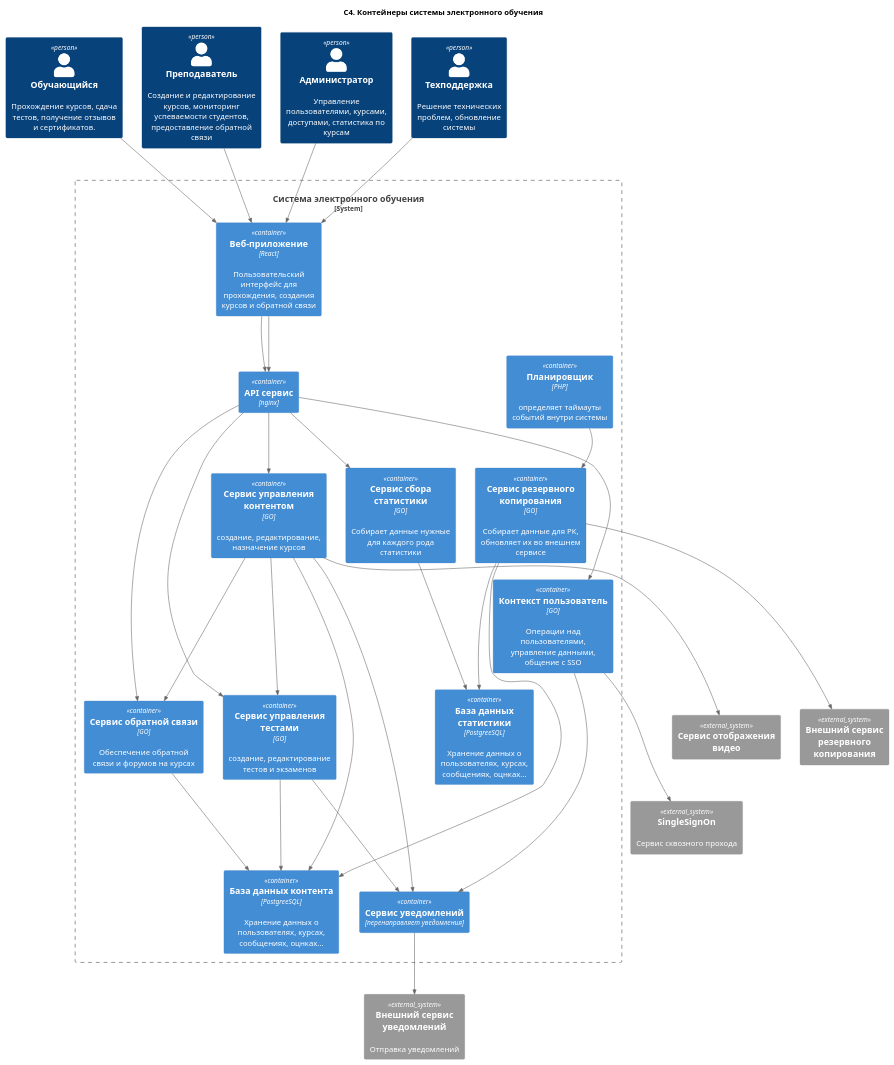
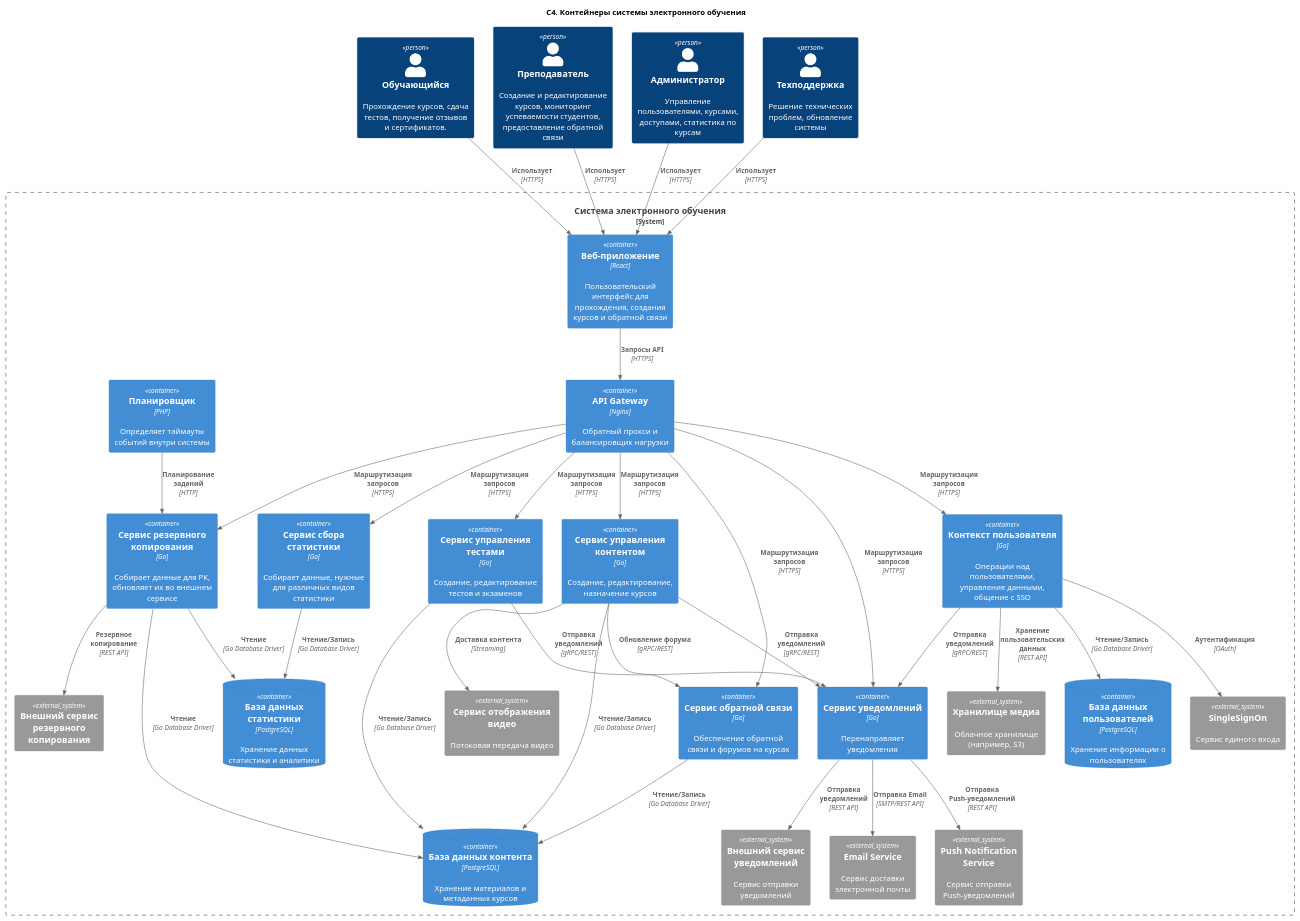
Before and after one commit to AkshachRd/software-development: the diagram in 2. Технический проект/2.container.puml, drawn with PlantUML.

Commit message:
Поправил контейнеры.

```diff
--- a/2. Технический проект/2.container.puml
+++ b/2. Технический проект/2.container.puml
@@ -1,79 +1,88 @@
-@startuml Диаграмма контейнеров
+@startuml
 title "C4. Контейнеры системы электронного обучения"
 
+!include https://raw.githubusercontent.com/plantuml-stdlib/C4-PlantUML/master/C4.puml
 !include https://raw.githubusercontent.com/plantuml-stdlib/C4-PlantUML/master/C4_Container.puml
 
 ' Персоны
 Person(student, "Обучающийся", "Прохождение курсов, сдача тестов, получение отзывов и сертификатов.")
 Person(teacher, "Преподаватель", "Создание и редактирование курсов, мониторинг успеваемости студентов, предоставление обратной связи")
 Person(admin, "Администратор", "Управление пользователями, курсами, доступами, статистика по курсам")
 Person(support, "Техподдержка", "Решение технических проблем, обновление системы")
 
 ' Система
 System_Boundary(appElearning, "Система электронного обучения") {
    
     Container(webApp, "Веб-приложение", "React", "Пользовательский интерфейс для прохождения, создания курсов и обратной связи")
     
+    ' Инфраструктура
+    Container(nginx, "API Gateway", "Nginx", "Обратный прокси и балансировщик нагрузки")
     
-        Container(APIGateway, "API сервис", "nginx", "")
-        Container(userService, "Контекст пользователь", "GO", "Операции над пользователями, управление данными, общение с SSO")
-        Container(contentManagerService, "Сервис управления контентом", "GO", "создание, редактирование, назначение курсов")
-        Container(testManagerService, "Сервис управления тестами", "GO", "создание, редактирование тестов и экзаменов")
-        Container(communicationService, "Сервис обратной связи", "GO", "Обеспечение обратной связи и форумов на курсах")
-        Container(statisticsService, "Сервис сбора статистики", "GO", "Собирает данные нужные для каждого рода статистики")
-        Container(backupService, "Сервис резервного копирования", "GO", "Собирает данные для РК, обновляет их во внешнем сервисе")
-        Container(notificater, "Сервис уведомлений","перенаправляет уведомления")
+    Container(userService, "Контекст пользователя", "Go", "Операции над пользователями, управление данными, общение с SSO")
+    Container(contentManagerService, "Сервис управления контентом", "Go", "Создание, редактирование, назначение курсов")
+    Container(testManagerService, "Сервис управления тестами", "Go", "Создание, редактирование тестов и экзаменов")
+    Container(communicationService, "Сервис обратной связи", "Go", "Обеспечение обратной связи и форумов на курсах")
+    Container(statisticsService, "Сервис сбора статистики", "Go", "Собирает данные, нужные для различных видов статистики")
+    Container(backupService, "Сервис резервного копирования", "Go", "Собирает данные для РК, обновляет их во внешнем сервисе")
+    Container(notificater, "Сервис уведомлений", "Go", "Перенаправляет уведомления")
+    Container(crone, "Планировщик", "PHP", "Определяет таймауты событий внутри системы")
     
+    ' Базы данных
+    ContainerDb(dbUser, "База данных пользователей", "PostgreSQL", "Хранение информации о пользователях")
+    ContainerDb(dbContent, "База данных контента", "PostgreSQL", "Хранение материалов и метаданных курсов")
+    ContainerDb(dbStatistics, "База данных статистики", "PostgreSQL", "Хранение данных статистики и аналитики")
+    
+    ' Внешние системы
+    System_Ext(SSO, "SingleSignOn", "Сервис единого входа")
+    System_Ext(notificaterInternal, "Внешний сервис уведомлений", "Сервис отправки уведомлений")
+    System_Ext(backupServiceInternal, "Внешний сервис резервного копирования", "")
+    System_Ext(viewVideoService, "Сервис отображения видео", "Потоковая передача видео")
+    System_Ext(emailService, "Email Service", "Сервис доставки электронной почты")
+    System_Ext(pushService, "Push Notification Service", "Сервис отправки Push-уведомлений")
+    System_Ext(mediaStorage, "Хранилище медиа", "Облачное хранилище (например, S3)")
+}
 
+' Связи
+Rel(student, webApp, "Использует", "HTTPS")
+Rel(teacher, webApp, "Использует", "HTTPS")
+Rel(admin, webApp, "Использует", "HTTPS")
+Rel(support, webApp, "Использует", "HTTPS")
 
-    Container(crone, "Планировщик", "PHP", "определяет таймауты событий внутри системы")
-    Container(dbStatistics, "База данных статистики", "PostgreeSQL", "Хранение данных о пользователях, курсах, сообщениях, оцнках...")
-    Container(dbContent, "База данных контента", "PostgreeSQL", "Хранение данных о пользователях, курсах, сообщениях, оцнках...")
-}
-'типы бд: статистики, БД Контента, sso, 
+Rel(webApp, nginx, "Запросы API", "HTTPS")
 
+Rel(nginx, userService, "Маршрутизация запросов", "HTTPS")
+Rel(nginx, contentManagerService, "Маршрутизация запросов", "HTTPS")
+Rel(nginx, testManagerService, "Маршрутизация запросов", "HTTPS")
+Rel(nginx, statisticsService, "Маршрутизация запросов", "HTTPS")
+Rel(nginx, communicationService, "Маршрутизация запросов", "HTTPS")
+Rel(nginx, backupService, "Маршрутизация запросов", "HTTPS")
+Rel(nginx, notificater, "Маршрутизация запросов", "HTTPS")
 
-System_Ext(backupServiceInternal, "Внешний сервис резервного копирования", "")
-System_Ext(SSO, "SingleSignOn", "Сервис сквозного прохода")
-System_Ext(notificaterInternal, "Внешний сервис уведомлений", "Отправка уведомлений")
-System_Ext(viewVideoService, "Сервис отображения видео")
+Rel(userService, dbUser, "Чтение/Запись", "Go Database Driver")
+Rel(userService, SSO, "Аутентификация", "OAuth")
+Rel(userService, notificater, "Отправка уведомлений", "gRPC/REST")
+Rel(userService, mediaStorage, "Хранение пользовательских данных", "REST API")
 
-Rel(student, webApp, "", "")
-Rel(teacher, webApp, "", "")
-Rel(admin, webApp, "", "")
-Rel(support, webApp, "", "")
+Rel(contentManagerService, dbContent, "Чтение/Запись", "Go Database Driver")
+Rel(contentManagerService, viewVideoService, "Доставка контента", "Streaming")
+Rel(contentManagerService, notificater, "Отправка уведомлений", "gRPC/REST")
+Rel(contentManagerService, communicationService, "Обновление форума", "gRPC/REST")
 
-Rel(webApp, APIGateway, "", "")
+Rel(testManagerService, dbContent, "Чтение/Запись", "Go Database Driver")
+Rel(testManagerService, notificater, "Отправка уведомлений", "gRPC/REST")
 
-Rel(webApp, APIGateway, "", "")
-Rel(APIGateway, userService, "", "")
-Rel(APIGateway, contentManagerService, "", "")
-Rel(APIGateway, testManagerService, "", "")
-Rel(APIGateway, statisticsService, "", "")
-Rel(APIGateway, communicationService, "", "")
+Rel(statisticsService, dbStatistics, "Чтение/Запись", "Go Database Driver")
 
-Rel(userService, SSO, "", "")
-Rel(userService, notificater, "", "")
+Rel(communicationService, dbContent, "Чтение/Запись", "Go Database Driver")
 
-Rel(contentManagerService, dbContent, "", "")
-Rel(contentManagerService, testManagerService, "", "")
-Rel(contentManagerService, viewVideoService, "", "")
-Rel(contentManagerService, notificater, "", "")
-Rel(contentManagerService, communicationService, "", "")
+Rel(notificater, notificaterInternal, "Отправка уведомлений", "REST API")
+Rel(notificater, emailService, "Отправка Email", "SMTP/REST API")
+Rel(notificater, pushService, "Отправка Push-уведомлений", "REST API")
 
-Rel(testManagerService, dbContent, "", "")
-Rel(testManagerService, notificater, "", "")
+Rel(backupService, dbStatistics, "Чтение", "Go Database Driver")
+Rel(backupService, dbContent, "Чтение", "Go Database Driver")
+Rel(backupService, backupServiceInternal, "Резервное копирование", "REST API")
 
-Rel(statisticsService, dbStatistics, "", "")
+Rel(crone, backupService, "Планирование заданий", "HTTP")
 
-Rel(notificater, notificaterInternal, "", "")
-
-Rel(backupService, dbStatistics, "", "")
-Rel(backupService, dbContent, "", "")
-Rel(backupService, backupServiceInternal, "", "")
-
-Rel(communicationService, dbContent, "", "")
-
-Rel(crone, backupService, "", "")
- 
 @enduml
```
